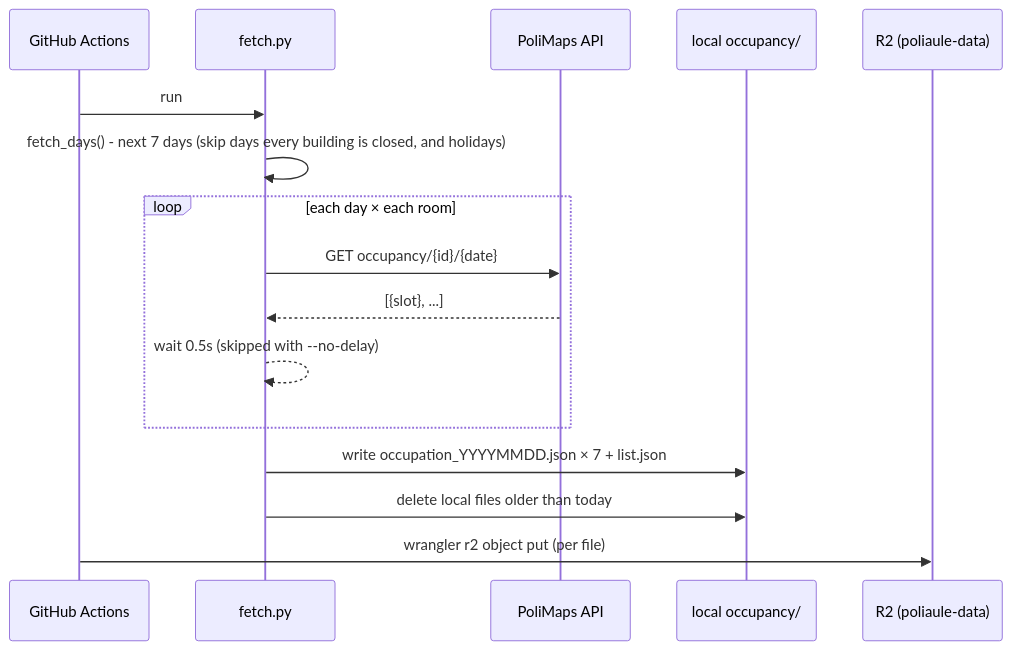
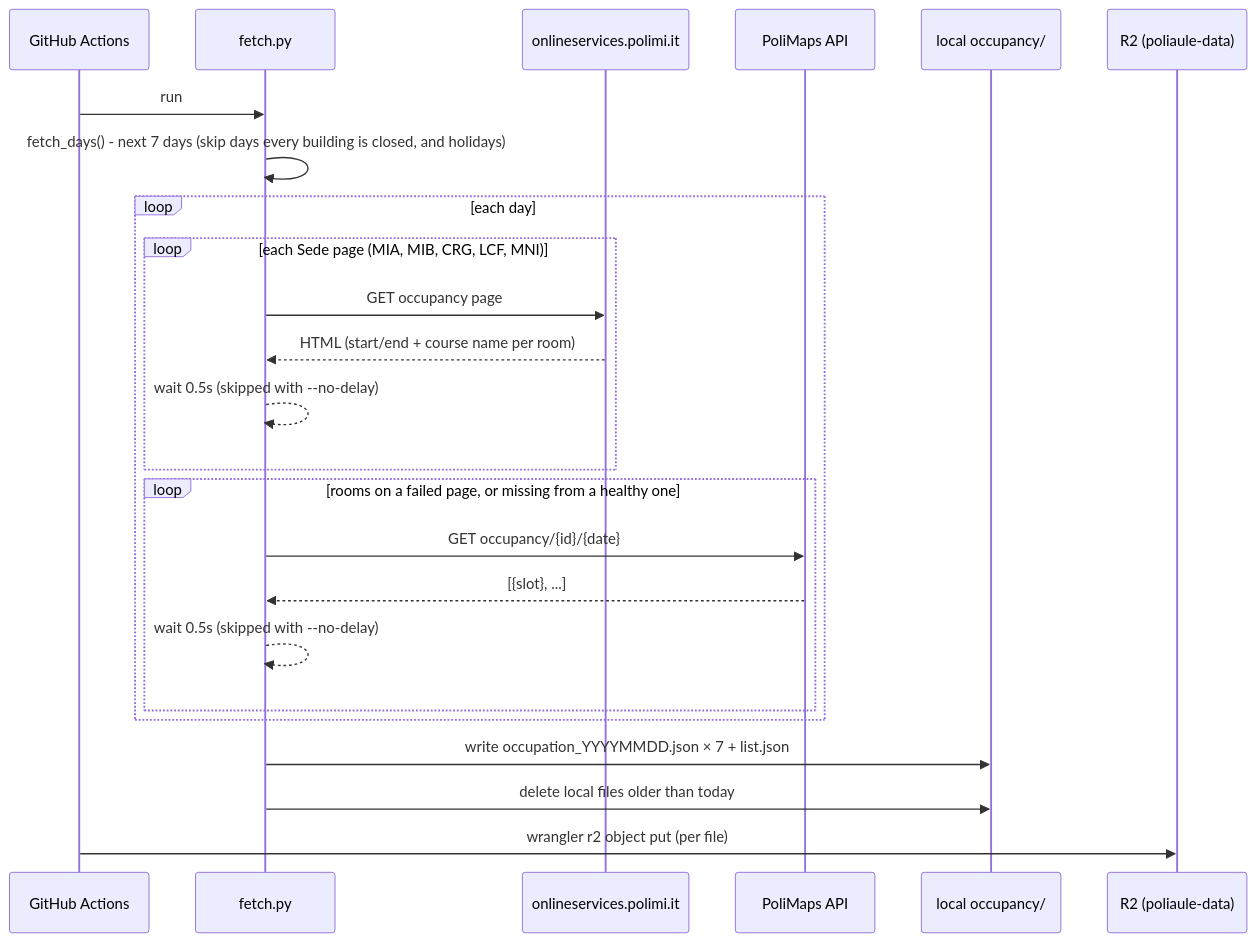
One commit to SummaCristian/PoliAule changed the second of 4 diagrams in docs/architecture.md. Above: the diagram before and after it, drawn with Mermaid. The commit also changed other lines of this file and 10 other files, not shown here.

First line of the commit message:
Migrate occupancy fetch to onlineservices.polimi.it scrape

````diff
--- a/docs/architecture.md
+++ b/docs/architecture.md
@@ -69,19 +70,27 @@
 ```mermaid
 sequenceDiagram
     participant GHA as GitHub Actions
     participant PY as fetch.py
+    participant NAMES as onlineservices.polimi.it
     participant API as PoliMaps API
     participant FS as local occupancy/
     participant R2 as R2 (poliaule-data)
 
     GHA->>PY: run
     PY->>PY: fetch_days() - next 7 days (skip days every building is closed, and holidays)
-    loop each day × each room
-        PY->>API: GET occupancy/{id}/{date}
-        API-->>PY: [{slot}, ...]
-        PY-->>PY: wait 0.5s (skipped with --no-delay)
+    loop each day
+        loop each Sede page (MIA, MIB, CRG, LCF, MNI)
+            PY->>NAMES: GET occupancy page
+            NAMES-->>PY: HTML (start/end + course name per room)
+            PY-->>PY: wait 0.5s (skipped with --no-delay)
+        end
+        loop rooms on a failed page, or missing from a healthy one
+            PY->>API: GET occupancy/{id}/{date}
+            API-->>PY: [{slot}, ...]
+            PY-->>PY: wait 0.5s (skipped with --no-delay)
+        end
     end
     PY->>FS: write occupation_YYYYMMDD.json × 7 + list.json
     PY->>FS: delete local files older than today
     GHA->>R2: wrangler r2 object put (per file)
 ```
````
